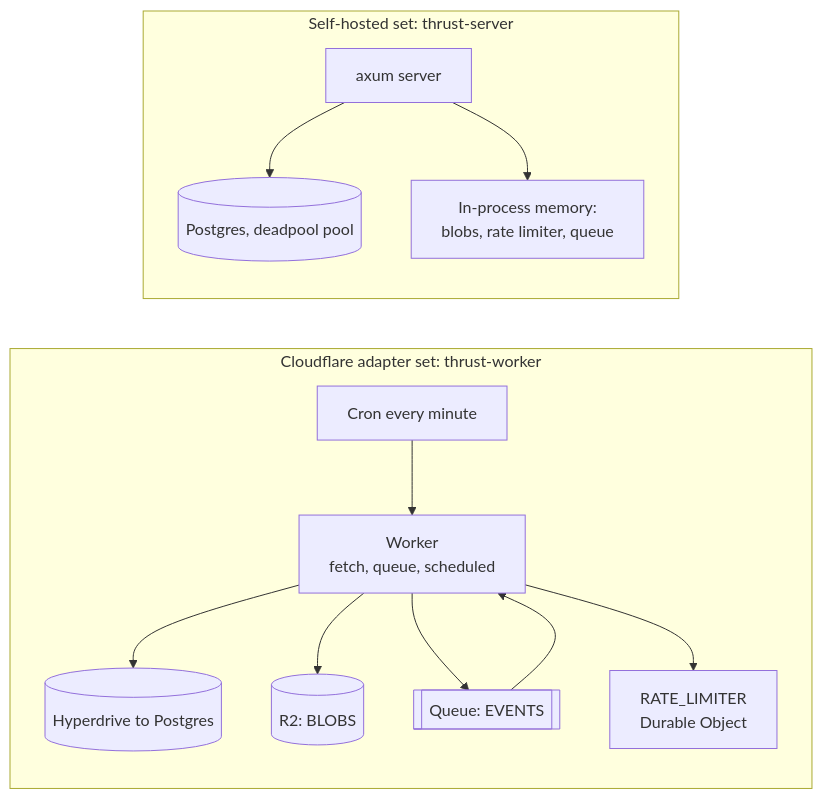
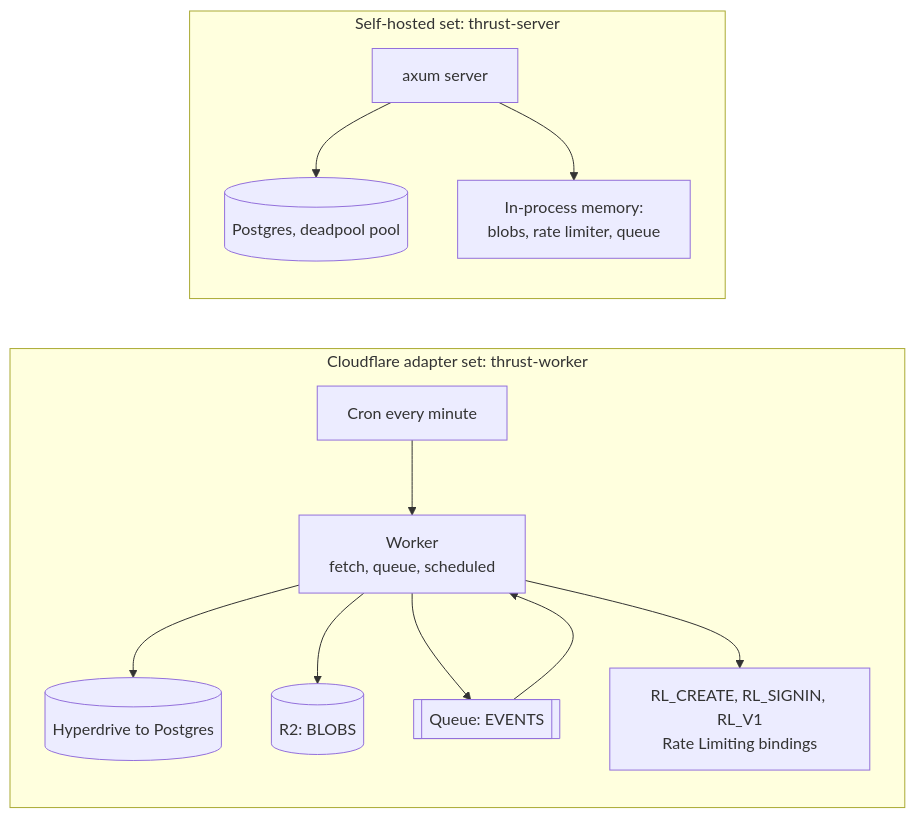
One commit to aRustyDev/thrust changed the diagram in docs/src/architecture/infra.md. Above: the diagram before and after it, drawn with Mermaid. The commit also changed other lines of this file and 36 other files, not shown here.

First line of the commit message:
chore(worker): single-Worker topology; the rate limiter on the Workers Rate Limiting bindings (#106)

````diff
--- a/docs/src/architecture/infra.md
+++ b/docs/src/architecture/infra.md
@@ -12,17 +12,17 @@
 ```mermaid
 flowchart LR
   subgraph cf[Cloudflare adapter set: thrust-worker]
     w[Worker<br/>fetch, queue, scheduled]
     w --> hd[(Hyperdrive to Postgres)]
     w --> r2[(R2: BLOBS)]
     w --> q[[Queue: EVENTS]]
-    w --> rl[RATE_LIMITER<br/>Durable Object]
+    w --> rl[RL_CREATE, RL_SIGNIN, RL_V1<br/>Rate Limiting bindings]
     cron[Cron every minute] --> w
     q --> w
   end
   subgraph sh[Self-hosted set: thrust-server]
     s[axum server]
     s --> pgn[(Postgres, deadpool pool)]
     s --> mem[In-process memory:<br/>blobs, rate limiter, queue]
   end
 ```
````
